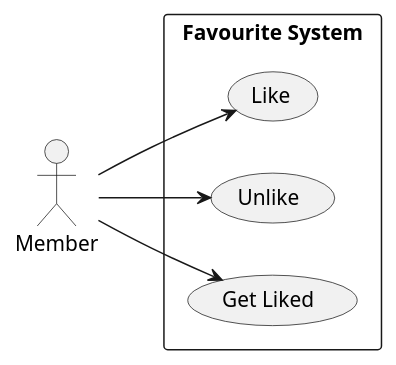
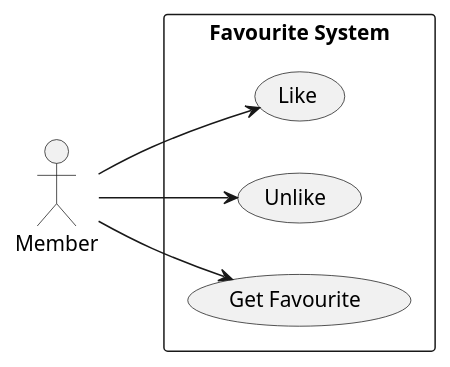
Before and after one commit to fwidjaya20/fazzlearning-uml: the diagram in UseCase/Release04/FavouriteSubSystem.wsd, drawn with PlantUML. The commit also changed 4 other files, not shown here.

```diff
--- a/UseCase/Release04/FavouriteSubSystem.wsd
+++ b/UseCase/Release04/FavouriteSubSystem.wsd
@@ -1,17 +1,17 @@
 @startuml FavouriteSubSystem
 
 left to right direction
 
 skinparam Monochrome true
 skinparam Shadowing false
 skinparam packageStyle rectangle
 
 actor Member
 
 rectangle "Favourite System" {
     Member --> (Like)
     Member --> (Unlike)
-    Member --> (Get Liked)
+    Member --> (Get Favourite)
 }
 
 @enduml
```
